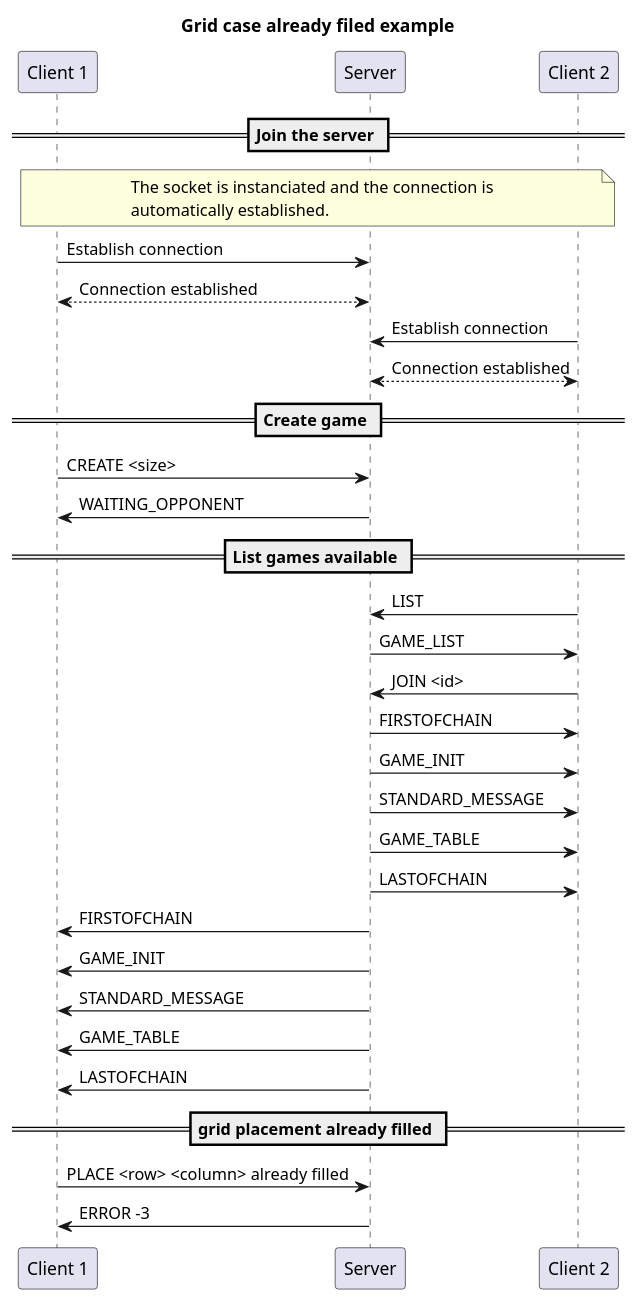
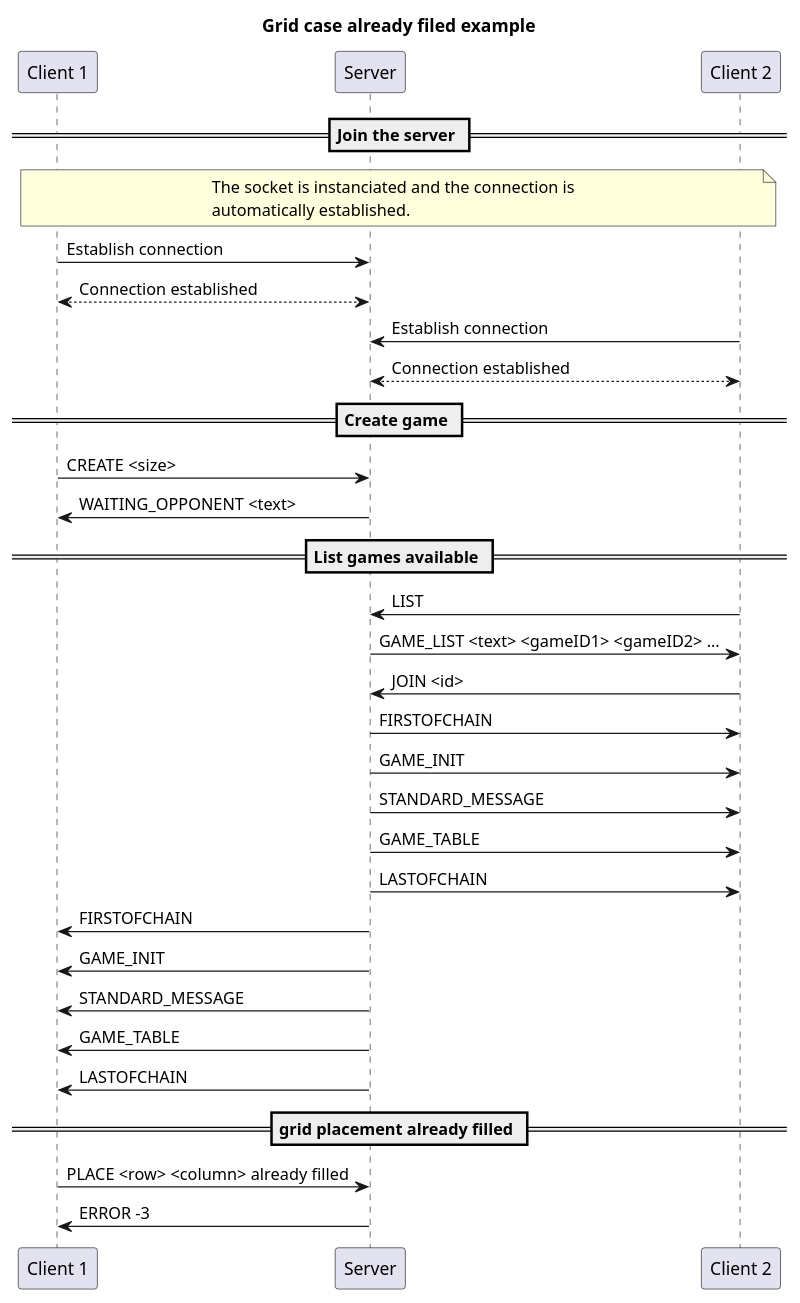
Before and after one commit to AlexB-HEIG/DAI-Practical-work-2: the diagram in doc/diagrams/case_filed_error_example.puml, drawn with PlantUML. The commit also changed 15 other files, not shown here.

```diff
--- a/doc/diagrams/case_filed_error_example.puml
+++ b/doc/diagrams/case_filed_error_example.puml
@@ -1,53 +1,53 @@
 @startuml
 
 title "Grid case already filed example"
 
 participant "Client 1" as c1
 participant "Server" as s
 participant "Client 2" as c2
 
 == Join the server ==
 
 note over c1, c2
 The socket is instanciated and the connection is
 automatically established.
 end note
 
 c1->s : Establish connection
 c1<-->s : Connection established
 
 c2->s : Establish connection
 c2<-->s : Connection established
 
 
 == Create game ==
 
 c1->s: CREATE <size>
-s->c1: WAITING_OPPONENT
+s->c1: WAITING_OPPONENT <text>
 
 == List games available ==
 
 c2->s: LIST
-s->c2: GAME_LIST
+s->c2: GAME_LIST <text> <gameID1> <gameID2> ...
 
 c2->s: JOIN <id>
 
 s->c2: FIRSTOFCHAIN
 s->c2: GAME_INIT
 s->c2: STANDARD_MESSAGE
 s->c2: GAME_TABLE
 s->c2: LASTOFCHAIN
 
 s->c1: FIRSTOFCHAIN
 s->c1: GAME_INIT
 s->c1: STANDARD_MESSAGE
 s->c1: GAME_TABLE
 s->c1: LASTOFCHAIN
 
 == grid placement already filled ==
 c1->s: PLACE <row> <column> already filled
 s->c1: ERROR -3
 
 
 
 @enduml
```
